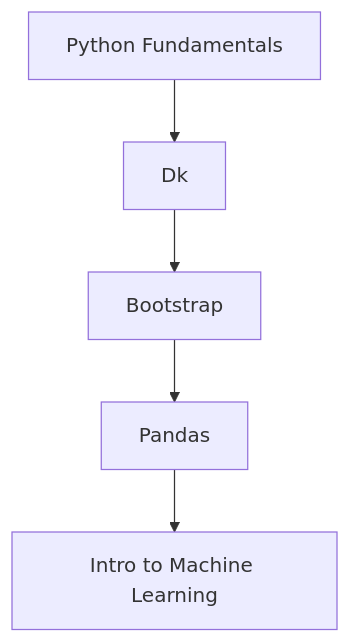
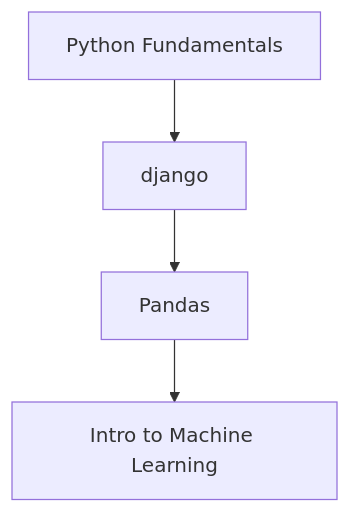
The diagram in README.md (alvi00/My-Machine-Learning-Journey), drawn with Mermaid before and after one commit.

````diff
--- a/README.md
+++ b/README.md
@@ -30,7 +30,6 @@
 ```mermaid
 graph TD
-    A[Python Fundamentals] --> B[Dk]
-    B --> C[Bootstrap]
-    C --> D[Pandas]
-    D--> E[Intro to Machine Learning]
+    A[Python Fundamentals] --> B[django]
+    B --> C[Pandas]
+    C --> D[Intro to Machine Learning]
 ```
````
